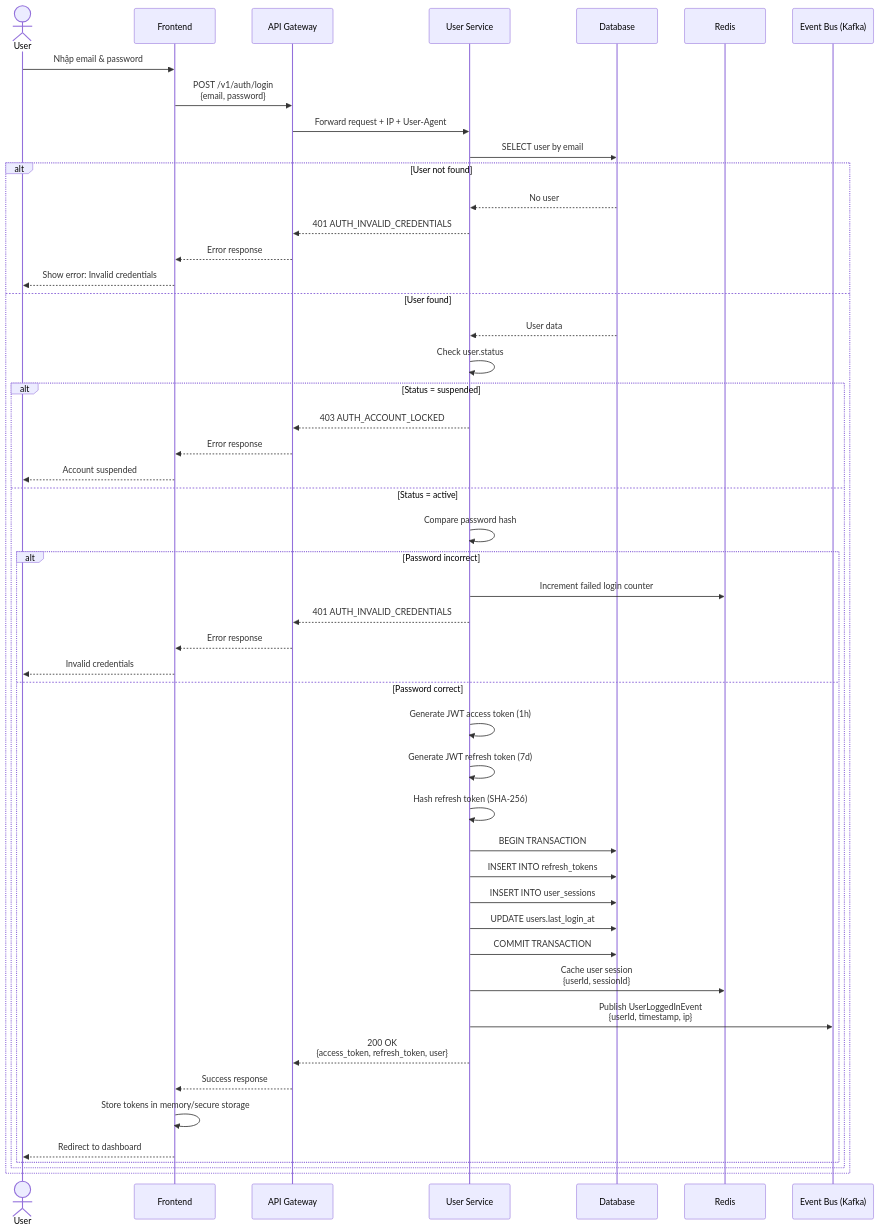
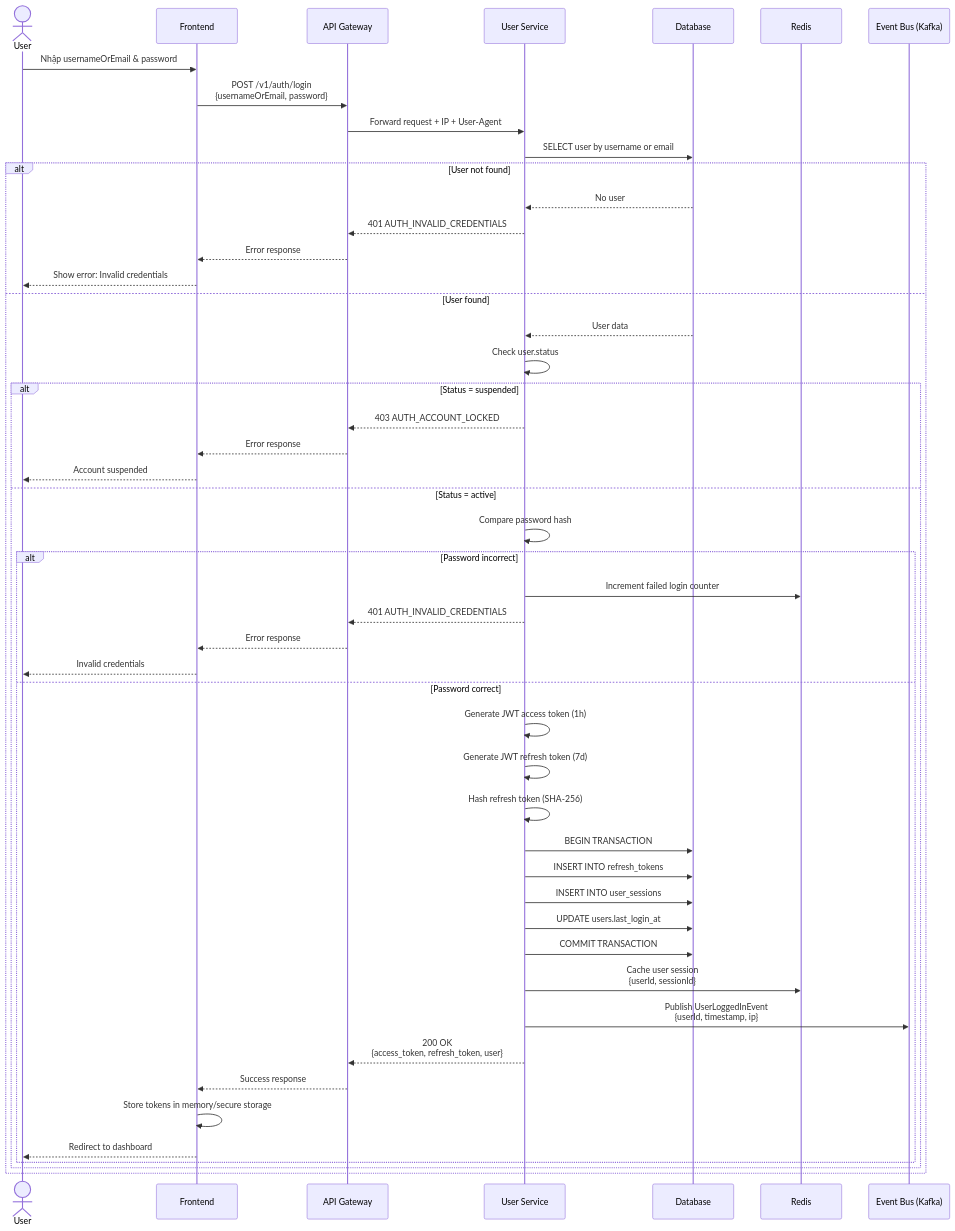
One commit to huy1235588/ECommerce changed the second of 9 diagrams in docs/03-backend/api-reference/flows/user-service-flows.md. Above: the diagram before and after it, drawn with Mermaid. The commit also changed other lines of this file and 12 other files, not shown here.

Commit message:
feat: Implement user registration and authentication flow with username or email support; add security configuration and exception handling

````diff
--- a/docs/03-backend/api-reference/flows/user-service-flows.md
+++ b/docs/03-backend/api-reference/flows/user-service-flows.md
@@ -118,62 +118,62 @@
 ```mermaid
 sequenceDiagram
     actor User
     participant Frontend
     participant APIGateway as API Gateway
     participant UserService as User Service
     participant Database
     participant Redis
     participant EventBus as Event Bus (Kafka)
 
-    User->>Frontend: Nhập email & password
-    Frontend->>APIGateway: POST /v1/auth/login<br/>{email, password}
+    User->>Frontend: Nhập usernameOrEmail & password
+    Frontend->>APIGateway: POST /v1/auth/login<br/>{usernameOrEmail, password}
     APIGateway->>UserService: Forward request + IP + User-Agent
     
-    UserService->>Database: SELECT user by email
+    UserService->>Database: SELECT user by username or email
     
     alt User not found
         Database-->>UserService: No user
         UserService-->>APIGateway: 401 AUTH_INVALID_CREDENTIALS
         APIGateway-->>Frontend: Error response
         Frontend-->>User: Show error: Invalid credentials
     else User found
         Database-->>UserService: User data
         
         UserService->>UserService: Check user.status
         
         alt Status = suspended
             UserService-->>APIGateway: 403 AUTH_ACCOUNT_LOCKED
             APIGateway-->>Frontend: Error response
             Frontend-->>User: Account suspended
         else Status = active
             UserService->>UserService: Compare password hash
             
             alt Password incorrect
                 UserService->>Redis: Increment failed login counter
                 UserService-->>APIGateway: 401 AUTH_INVALID_CREDENTIALS
                 APIGateway-->>Frontend: Error response
                 Frontend-->>User: Invalid credentials
             else Password correct
                 UserService->>UserService: Generate JWT access token (1h)
                 UserService->>UserService: Generate JWT refresh token (7d)
                 UserService->>UserService: Hash refresh token (SHA-256)
                 
                 UserService->>Database: BEGIN TRANSACTION
                 UserService->>Database: INSERT INTO refresh_tokens
                 UserService->>Database: INSERT INTO user_sessions
                 UserService->>Database: UPDATE users.last_login_at
                 UserService->>Database: COMMIT TRANSACTION
                 
                 UserService->>Redis: Cache user session<br/>{userId, sessionId}
                 
                 UserService->>EventBus: Publish UserLoggedInEvent<br/>{userId, timestamp, ip}
                 
                 UserService-->>APIGateway: 200 OK<br/>{access_token, refresh_token, user}
                 APIGateway-->>Frontend: Success response
                 
                 Frontend->>Frontend: Store tokens in memory/secure storage
                 Frontend-->>User: Redirect to dashboard
             end
         end
     end
 ```
````
